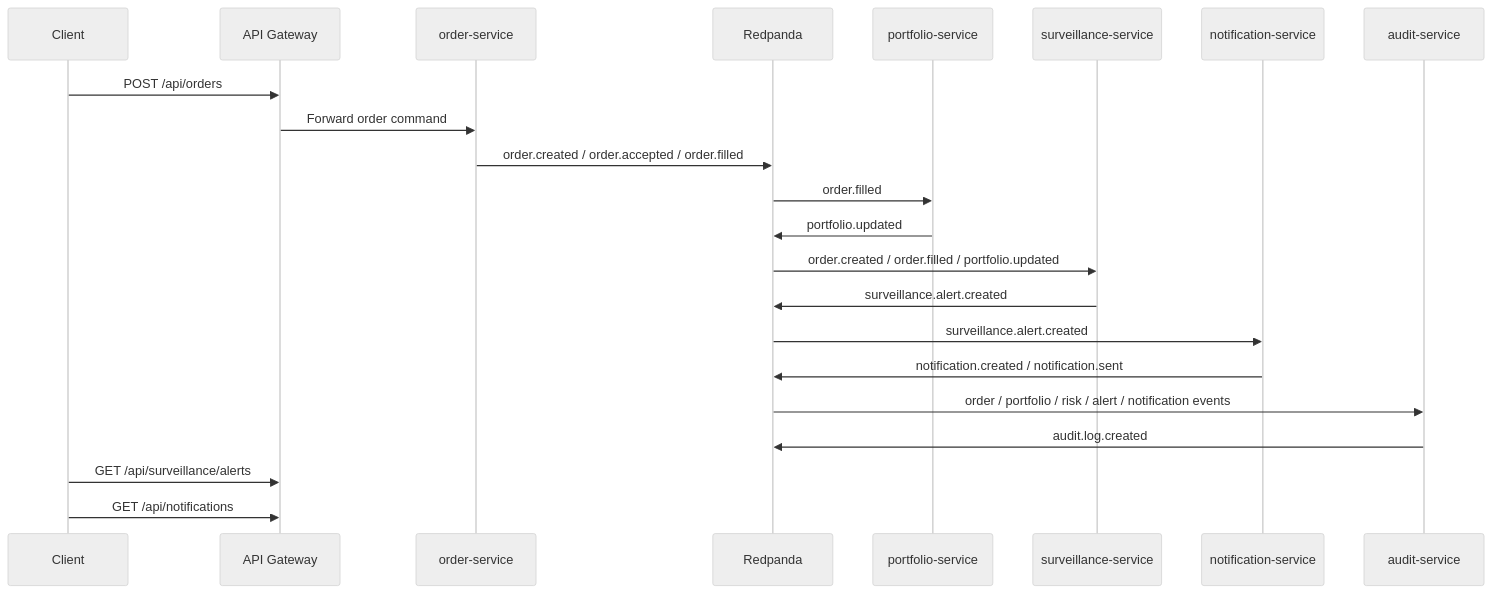
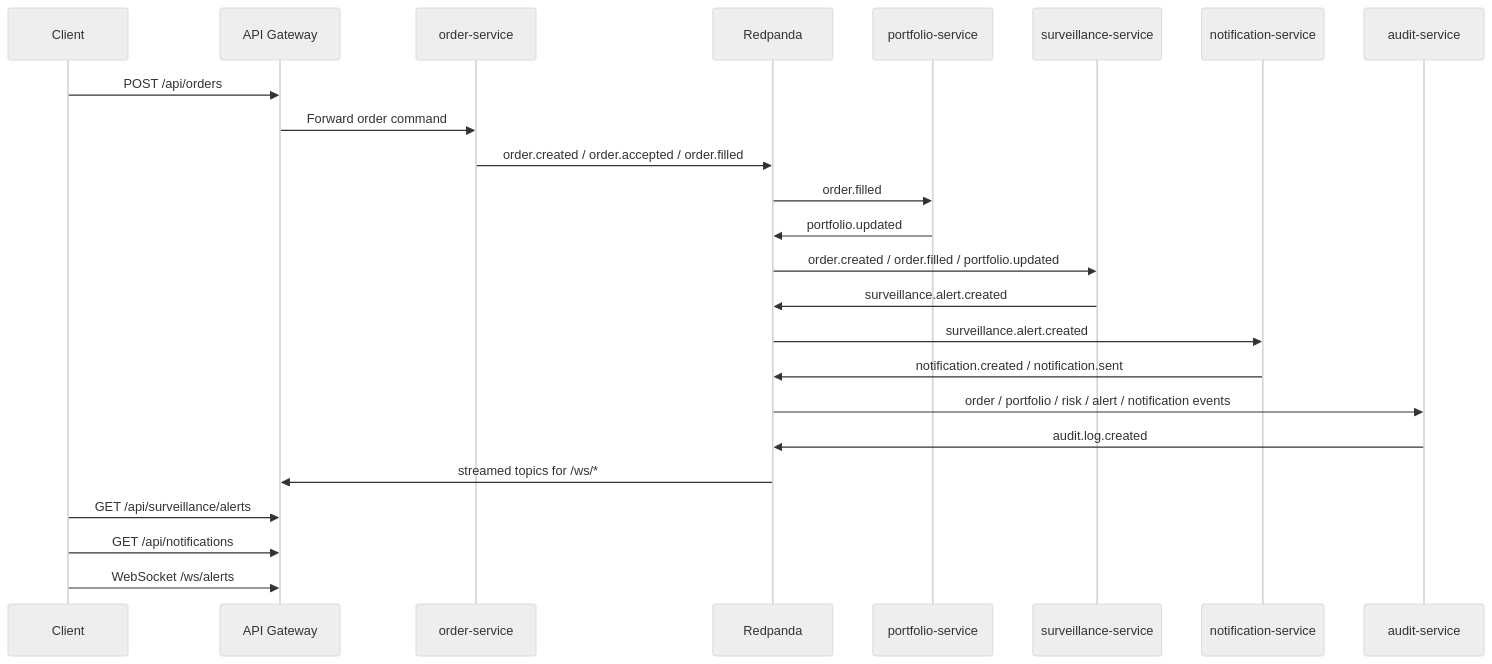
Before and after one commit to ietuday/tradeops-intelligence-platform: the diagram in docs/architecture/event-flow.md, drawn with Mermaid (neutral theme). The commit also changed other lines of this file and 32 other files, not shown here.

First line of the commit message:
feat: add real-time WebSocket streaming layer to API Gateway

````diff
--- a/docs/architecture/event-flow.md
+++ b/docs/architecture/event-flow.md
@@ -41,25 +43,27 @@
 ```mermaid
 sequenceDiagram
   participant Client
   participant Gateway as API Gateway
   participant Order as order-service
   participant Kafka as Redpanda
   participant Portfolio as portfolio-service
   participant Surveillance as surveillance-service
   participant Notification as notification-service
   participant Audit as audit-service
 
   Client->>Gateway: POST /api/orders
   Gateway->>Order: Forward order command
   Order->>Kafka: order.created / order.accepted / order.filled
   Kafka->>Portfolio: order.filled
   Portfolio->>Kafka: portfolio.updated
   Kafka->>Surveillance: order.created / order.filled / portfolio.updated
   Surveillance->>Kafka: surveillance.alert.created
   Kafka->>Notification: surveillance.alert.created
   Notification->>Kafka: notification.created / notification.sent
   Kafka->>Audit: order / portfolio / risk / alert / notification events
   Audit->>Kafka: audit.log.created
+  Kafka->>Gateway: streamed topics for /ws/*
   Client->>Gateway: GET /api/surveillance/alerts
   Client->>Gateway: GET /api/notifications
+  Client->>Gateway: WebSocket /ws/alerts
 ```
````
